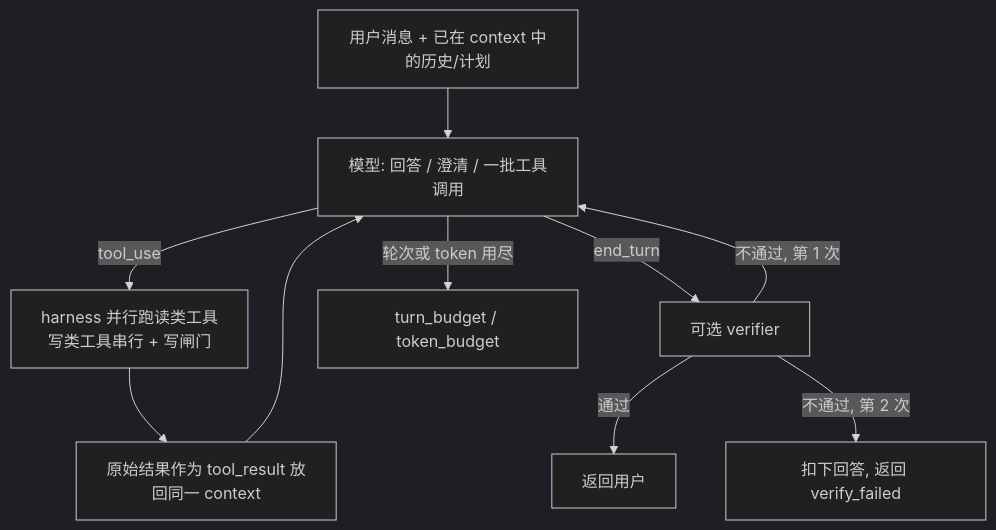
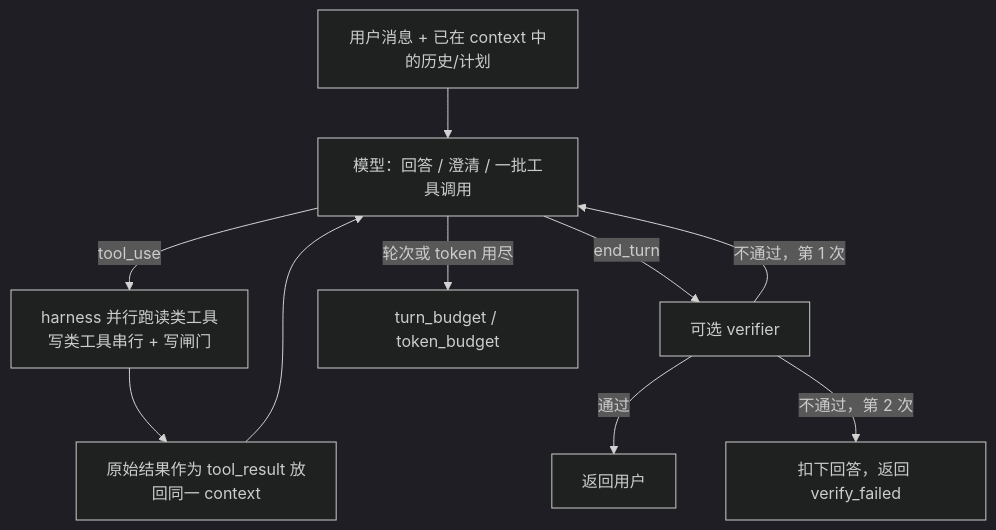
The first of 2 diagrams in notes/blogs/claude-when-to-fold-subagents/note.md (yanfeng98/paper-reading-notes), drawn with Mermaid (dark theme) before and after one commit. The commit also changed other lines of this file and 80 other files, not shown here.

````diff
--- a/notes/blogs/claude-when-to-fold-subagents/note.md
+++ b/notes/blogs/claude-when-to-fold-subagents/note.md
@@ -115,12 +124,12 @@
 ```mermaid
 flowchart TD
-    A["用户消息 + 已在 context 中的历史/计划"] --> B["模型: 回答 / 澄清 / 一批工具调用"]
-    B -->|"tool_use"| C["harness 并行跑读类工具<br/>写类工具串行 + 写闸门"]
+    A["用户消息 + 已在 context 中的历史/计划"] --> B["模型：回答 / 澄清 / 一批工具调用"]
+    B -->|tool_use| C["harness 并行跑读类工具<br/>写类工具串行 + 写闸门"]
     C --> D["原始结果作为 tool_result 放回同一 context"]
     D --> B
-    B -->|"end_turn"| E["可选 verifier"]
+    B -->|end_turn| E["可选 verifier"]
     E -->|通过| F["返回用户"]
-    E -->|不通过, 第 1 次| B
-    E -->|不通过, 第 2 次| G["扣下回答, 返回 verify_failed"]
+    E -->|不通过，第 1 次| B
+    E -->|不通过，第 2 次| G["扣下回答，返回 verify_failed"]
     B -->|轮次或 token 用尽| H["turn_budget / token_budget"]
 ```
````
